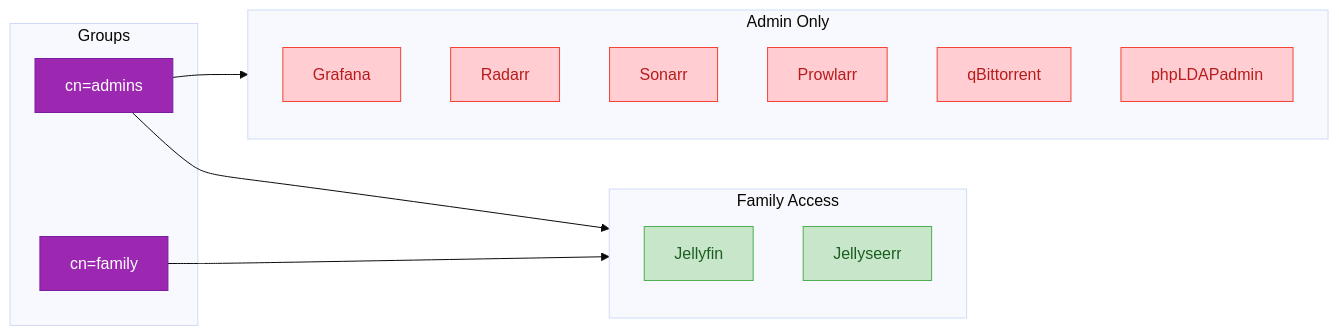
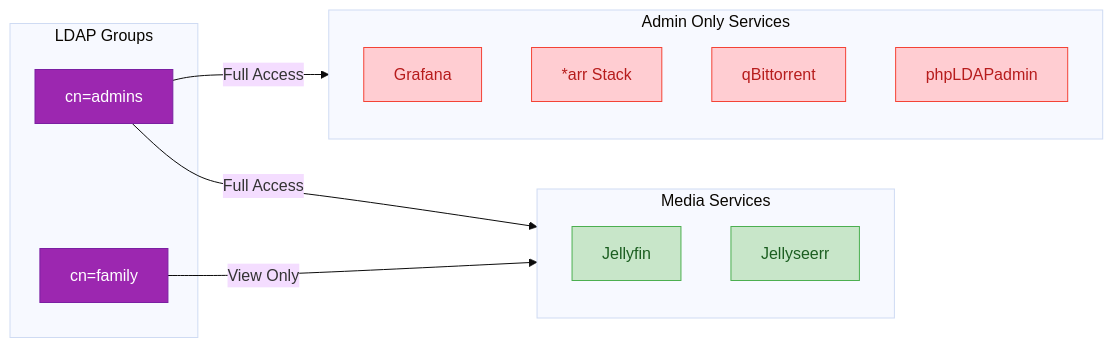
Before and after one commit to Mykyta-Home-Server/homeserver: the fourth of 4 diagrams in docs-site/src/content/docs/guides/ldap.mdx, drawn with Mermaid (base theme). The commit also changed other lines of this file and 2 other files, not shown here.

First line of the commit message:
Redesign all Mermaid diagrams: square layouts with compact labels

````diff
--- a/docs-site/src/content/docs/guides/ldap.mdx
+++ b/docs-site/src/content/docs/guides/ldap.mdx
@@ -210,33 +214,31 @@
 ```mermaid
 flowchart LR
-    subgraph Groups
+    subgraph groups[LDAP Groups]
         Admins[cn=admins]
         Family[cn=family]
     end
 
-    subgraph AdminServices[Admin Only]
+    subgraph admin[Admin Only Services]
         Grafana[Grafana]
-        Radarr[Radarr]
-        Sonarr[Sonarr]
-        Prowlarr[Prowlarr]
+        Arr[*arr Stack]
         qBit[qBittorrent]
         phpLDAP[phpLDAPadmin]
     end
 
-    subgraph FamilyServices[Family Access]
+    subgraph media[Media Services]
         Jellyfin[Jellyfin]
         Jellyseerr[Jellyseerr]
     end
 
-    Admins --> AdminServices
-    Admins --> FamilyServices
-    Family --> FamilyServices
+    Admins -->|Full Access| admin
+    Admins -->|Full Access| media
+    Family -->|View Only| media
 
-    classDef groups fill:#9c27b0,stroke:#7b1fa2,color:#fff
-    classDef admin fill:#ffcdd2,stroke:#f44336,color:#b71c1c
-    classDef family fill:#c8e6c9,stroke:#4caf50,color:#1b5e20
+    classDef groupStyle fill:#9c27b0,stroke:#7b1fa2,color:#fff
+    classDef adminStyle fill:#ffcdd2,stroke:#f44336,color:#b71c1c
+    classDef mediaStyle fill:#c8e6c9,stroke:#4caf50,color:#1b5e20
 
-    class Admins,Family groups
-    class Grafana,Radarr,Sonarr,Prowlarr,qBit,phpLDAP admin
-    class Jellyfin,Jellyseerr family
+    class Admins,Family groupStyle
+    class Grafana,Arr,qBit,phpLDAP adminStyle
+    class Jellyfin,Jellyseerr mediaStyle
 ```
````
